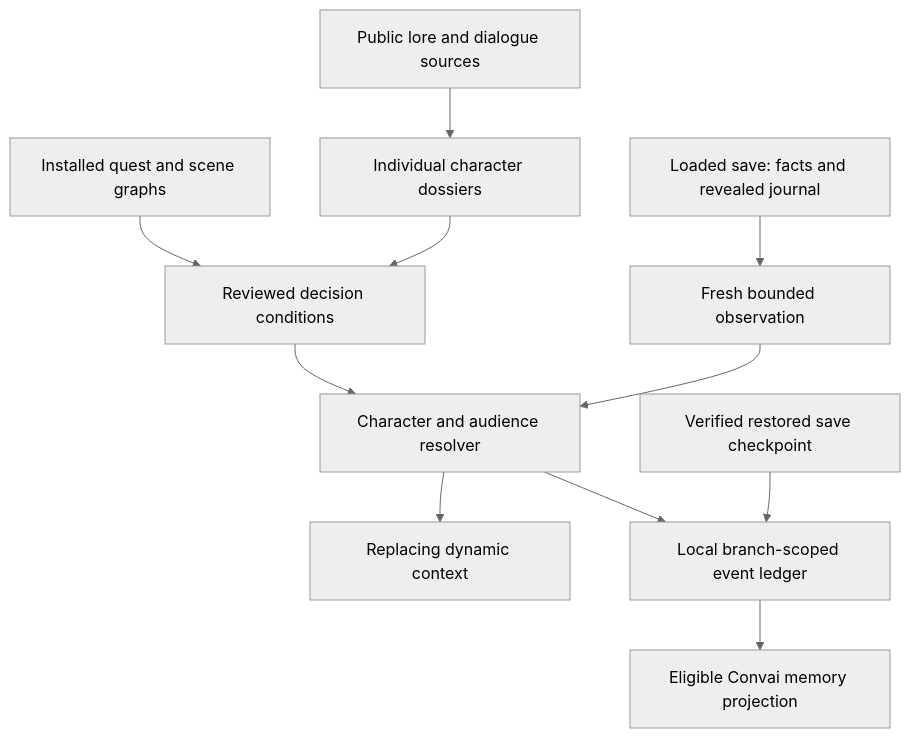
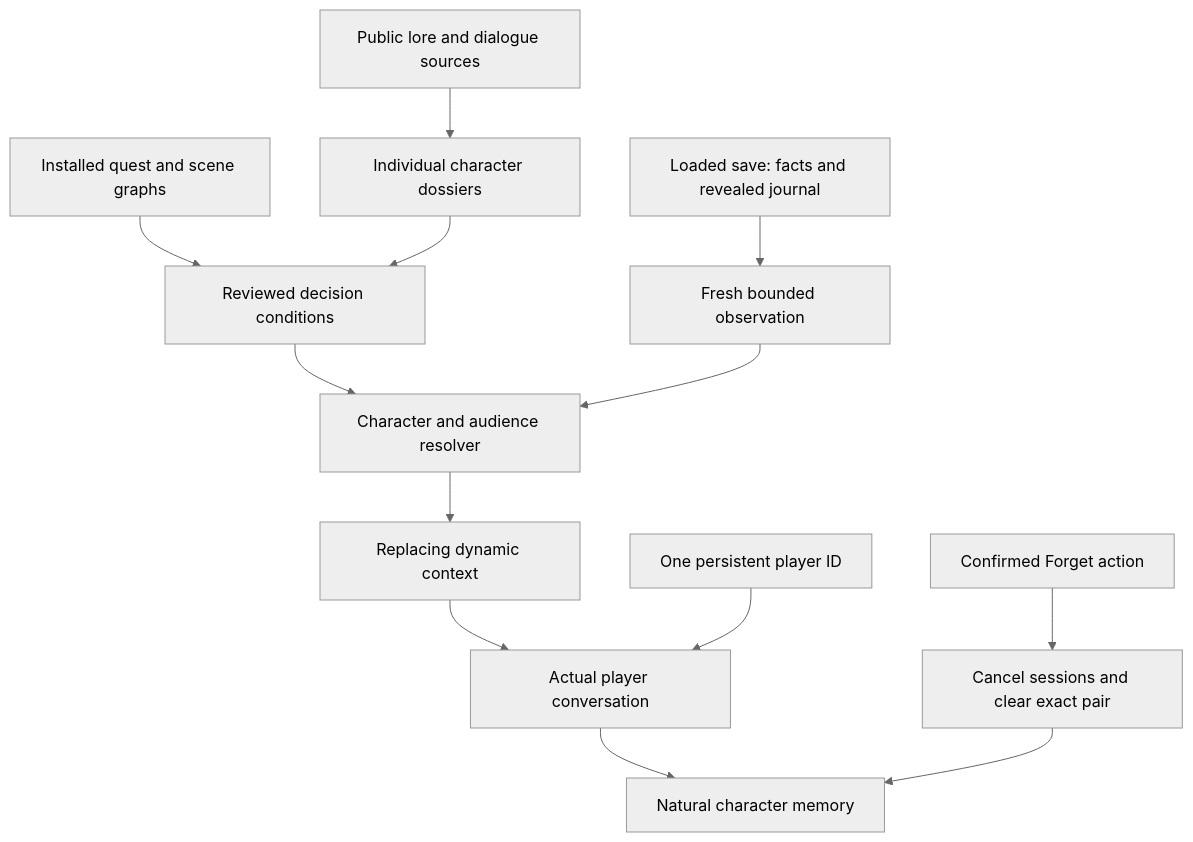
Before and after one commit to alystria-ai/ai-npc-cyberpunk-mod: the diagram in research/cyberpunk/README.md, drawn with Mermaid (neutral theme). The commit also changed other lines of this file and 31 other files, not shown here.

Commit message:
feat(memory): share one player identity with native forget controls

````diff
--- a/research/cyberpunk/README.md
+++ b/research/cyberpunk/README.md
@@ -52,13 +60,15 @@
 ```mermaid
 flowchart TD
   A[Public lore and dialogue sources] --> B[Individual character dossiers]
   C[Installed quest and scene graphs] --> D[Reviewed decision conditions]
   B --> D
   E[Loaded save: facts and revealed journal] --> F[Fresh bounded observation]
   D --> G[Character and audience resolver]
   F --> G
   G --> H[Replacing dynamic context]
-  G --> I[Local branch-scoped event ledger]
-  J[Verified restored save checkpoint] --> I
-  I --> K[Eligible Convai memory projection]
+  H --> I[Actual player conversation]
+  L[One persistent player ID] --> I
+  I --> K[Natural character memory]
+  M[Confirmed Forget action] --> N[Cancel sessions and clear exact pair]
+  N --> K
 ```
````
